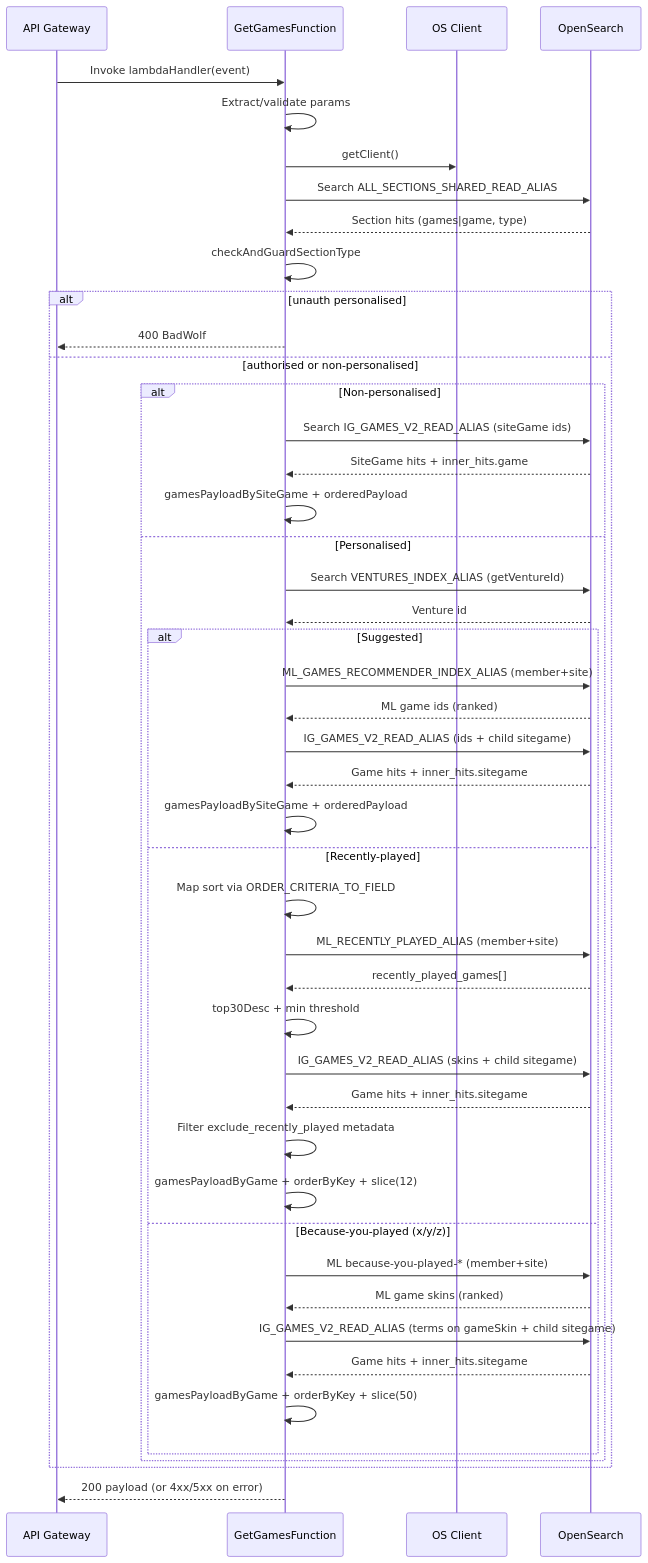
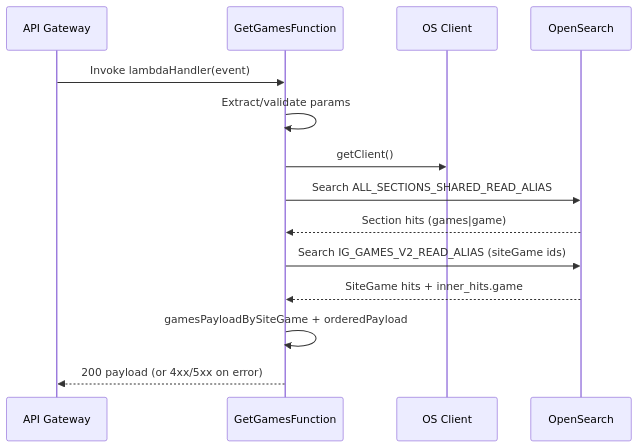
One commit to devminchev/personalised-lobby-ts-lambda-v3 changed the second of 2 diagrams in functions/GetGamesFunction/README.md. Above: the diagram before and after it, drawn with Mermaid. The commit also changed other lines of this file and 409 other files, not shown here.

````diff
--- a/functions/GetGamesFunction/README.md
+++ b/functions/GetGamesFunction/README.md
@@ -83,49 +32,17 @@
 ```mermaid
 sequenceDiagram
     participant API as API Gateway
     participant L as GetGamesFunction
     participant OSC as OS Client
     participant OS as OpenSearch
 
     API->>L: Invoke lambdaHandler(event)
     L->>L: Extract/validate params
     L->>OSC: getClient()
     L->>OS: Search ALL_SECTIONS_SHARED_READ_ALIAS
-    OS-->>L: Section hits (games|game, type)
-    L->>L: checkAndGuardSectionType
-    alt unauth personalised
-        L-->>API: 400 BadWolf
-    else authorised or non-personalised
-        alt Non-personalised
-            L->>OS: Search IG_GAMES_V2_READ_ALIAS (siteGame ids)
-            OS-->>L: SiteGame hits + inner_hits.game
-            L->>L: gamesPayloadBySiteGame + orderedPayload
-        else Personalised
-            L->>OS: Search VENTURES_INDEX_ALIAS (getVentureId)
-            OS-->>L: Venture id
-            alt Suggested
-                L->>OS: ML_GAMES_RECOMMENDER_INDEX_ALIAS (member+site)
-                OS-->>L: ML game ids (ranked)
-                L->>OS: IG_GAMES_V2_READ_ALIAS (ids + child sitegame)
-                OS-->>L: Game hits + inner_hits.sitegame
-                L->>L: gamesPayloadBySiteGame + orderedPayload
-            else Recently-played
-                L->>L: Map sort via ORDER_CRITERIA_TO_FIELD
-                L->>OS: ML_RECENTLY_PLAYED_ALIAS (member+site)
-                OS-->>L: recently_played_games[]
-                L->>L: top30Desc + min threshold
-                L->>OS: IG_GAMES_V2_READ_ALIAS (skins + child sitegame)
-                OS-->>L: Game hits + inner_hits.sitegame
-                L->>L: Filter exclude_recently_played metadata
-                L->>L: gamesPayloadByGame + orderByKey + slice(12)
-            else Because-you-played (x/y/z)
-                L->>OS: ML because-you-played-* (member+site)
-                OS-->>L: ML game skins (ranked)
-                L->>OS: IG_GAMES_V2_READ_ALIAS (terms on gameSkin + child sitegame)
-                OS-->>L: Game hits + inner_hits.sitegame
-                L->>L: gamesPayloadByGame + orderByKey + slice(50)
-            end
-        end
-    end
+    OS-->>L: Section hits (games|game)
+    L->>OS: Search IG_GAMES_V2_READ_ALIAS (siteGame ids)
+    OS-->>L: SiteGame hits + inner_hits.game
+    L->>L: gamesPayloadBySiteGame + orderedPayload
     L-->>API: 200 payload (or 4xx/5xx on error)
 ```
````
